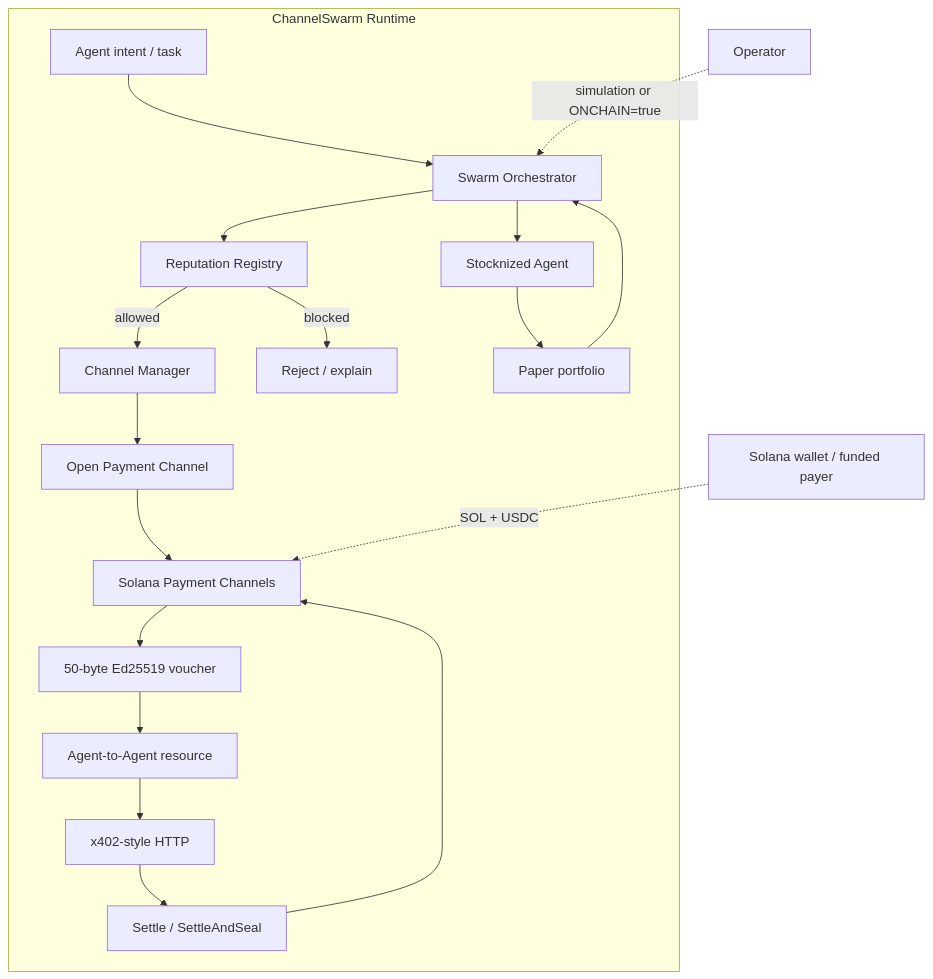
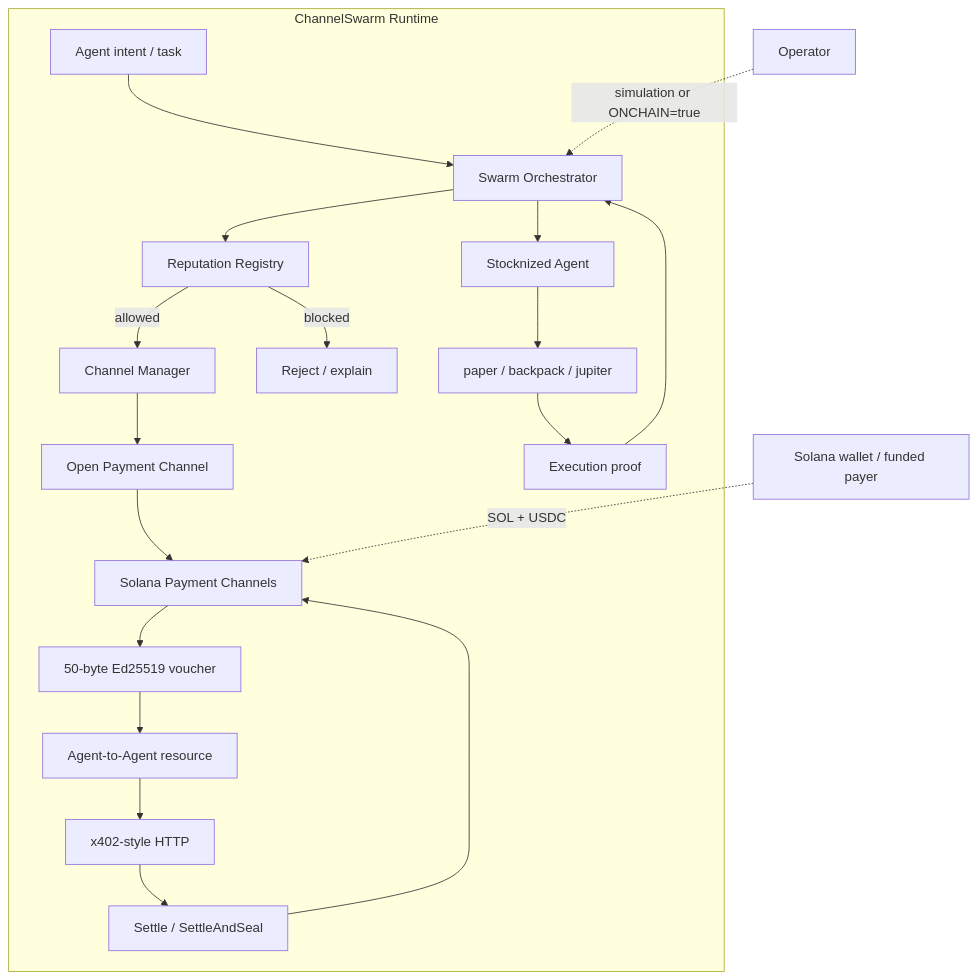
The diagram in README.md (wadezigh96/Channel_Swarm), drawn with Mermaid before and after one commit. The commit also changed other lines of this file and 1 other file, not shown here.

Commit message:
docs: equity execution path status + .env.example for EXECUTION_MODE

````diff
--- a/README.md
+++ b/README.md
@@ -54,25 +54,26 @@
 ```mermaid
 flowchart TB
     subgraph ChannelSwarm["ChannelSwarm Runtime"]
         U["Agent intent / task"] --> O["Swarm Orchestrator"]
         O --> REP["Reputation Registry"]
         REP -->|allowed| CM["Channel Manager"]
         REP -->|blocked| X["Reject / explain"]
 
         CM --> OPEN["Open Payment Channel"]
         OPEN --> PC["Solana Payment Channels"]
         PC --> V["50-byte Ed25519 voucher"]
 
         V --> A["Agent-to-Agent resource"]
         A --> X402["x402-style HTTP"]
         X402 --> SET["Settle / SettleAndSeal"]
         SET --> PC
 
         O --> STOCK["Stocknized Agent"]
-        STOCK --> PAPER["Paper portfolio"]
-        PAPER --> O
+        STOCK --> EXEC["paper / backpack / jupiter"]
+        EXEC --> PROOF["Execution proof"]
+        PROOF --> O
     end
 
     SOL["Solana wallet / funded payer"] -.->|SOL + USDC| PC
     USER["Operator"] -.->|simulation or ONCHAIN=true| O
 ```
````
